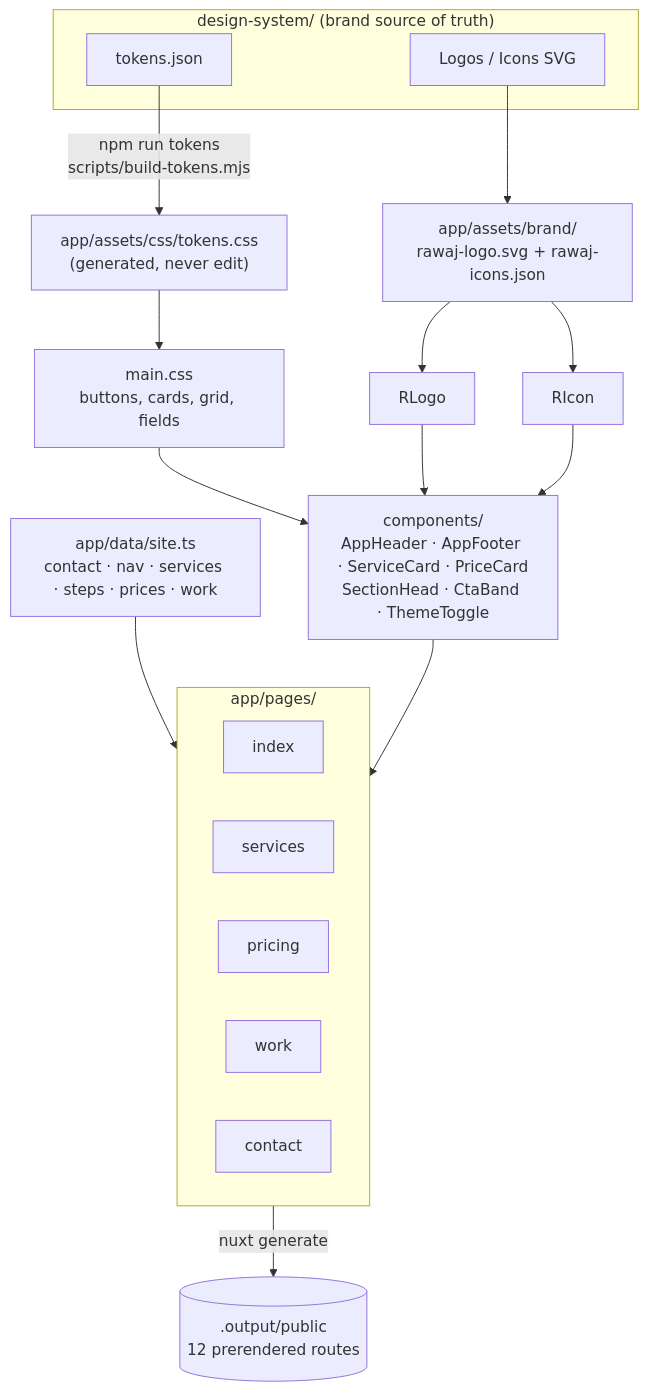
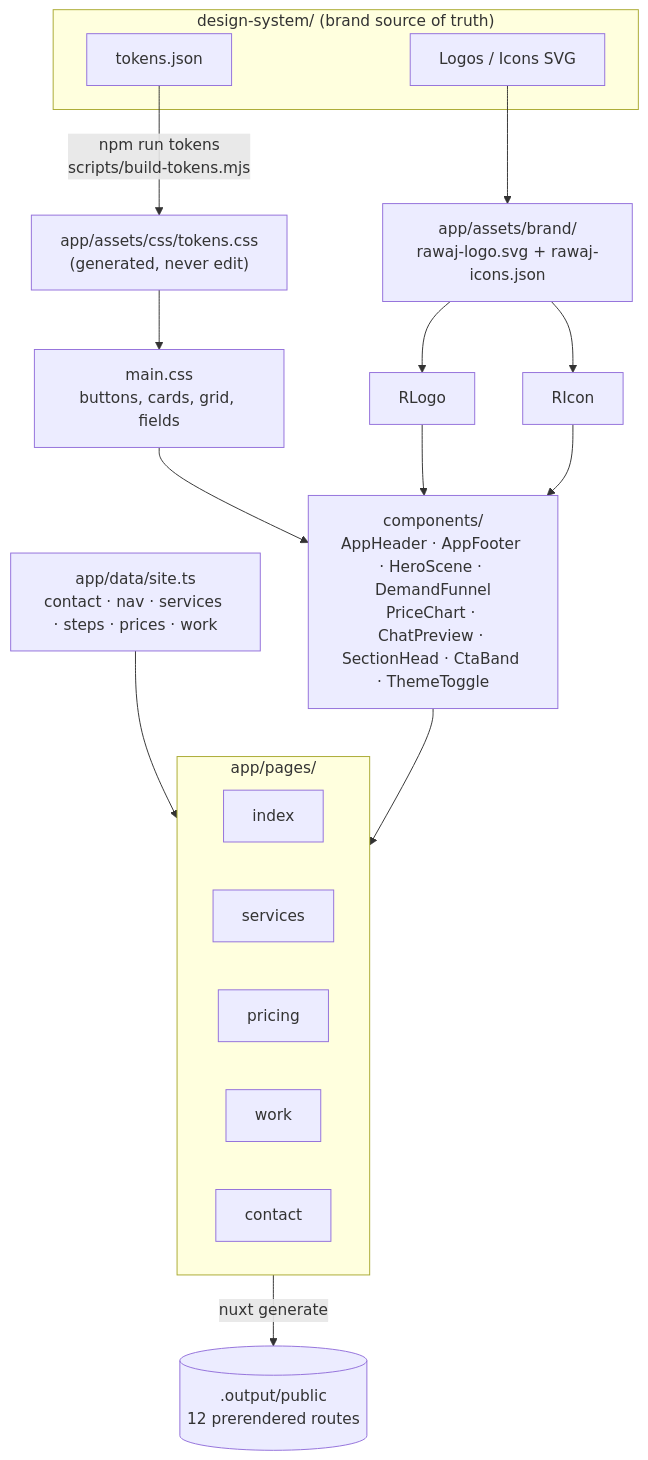
Before and after one commit to engKhaledalwaked/Rawaj: the second of 6 diagrams in README.md, drawn with Mermaid. The commit also changed other lines of this file and 21 other files, not shown here.

First line of the commit message:
Redesign site: hero illustration, build/grow panels, ad-to-order funnel, price charts, live WhatsApp preview

````diff
--- a/README.md
+++ b/README.md
@@ -88,24 +88,24 @@
 ```mermaid
 flowchart TB
     subgraph DS["design-system/  (brand source of truth)"]
         TJ[tokens.json]
         LG[Logos / Icons SVG]
     end
 
     TJ -- "npm run tokens<br>scripts/build-tokens.mjs" --> TC["app/assets/css/tokens.css<br>(generated, never edit)"]
     TC --> MC[main.css<br>buttons, cards, grid, fields]
     LG --> BR["app/assets/brand/<br>rawaj-logo.svg + rawaj-icons.json"]
     BR --> RL[RLogo] & RI[RIcon]
 
     DATA["app/data/site.ts<br>contact · nav · services · steps · prices · work"] --> PG
 
     subgraph PG["app/pages/"]
         direction LR
         index & services & pricing & work & contact
     end
 
     MC --> CMP
-    RL & RI --> CMP["components/<br>AppHeader · AppFooter · ServiceCard · PriceCard<br>SectionHead · CtaBand · ThemeToggle"]
+    RL & RI --> CMP["components/<br>AppHeader · AppFooter · HeroScene · DemandFunnel<br>PriceChart · ChatPreview · SectionHead · CtaBand · ThemeToggle"]
     CMP --> PG
     PG -- "nuxt generate" --> OUT[(".output/public<br>12 prerendered routes")]
 ```
````
